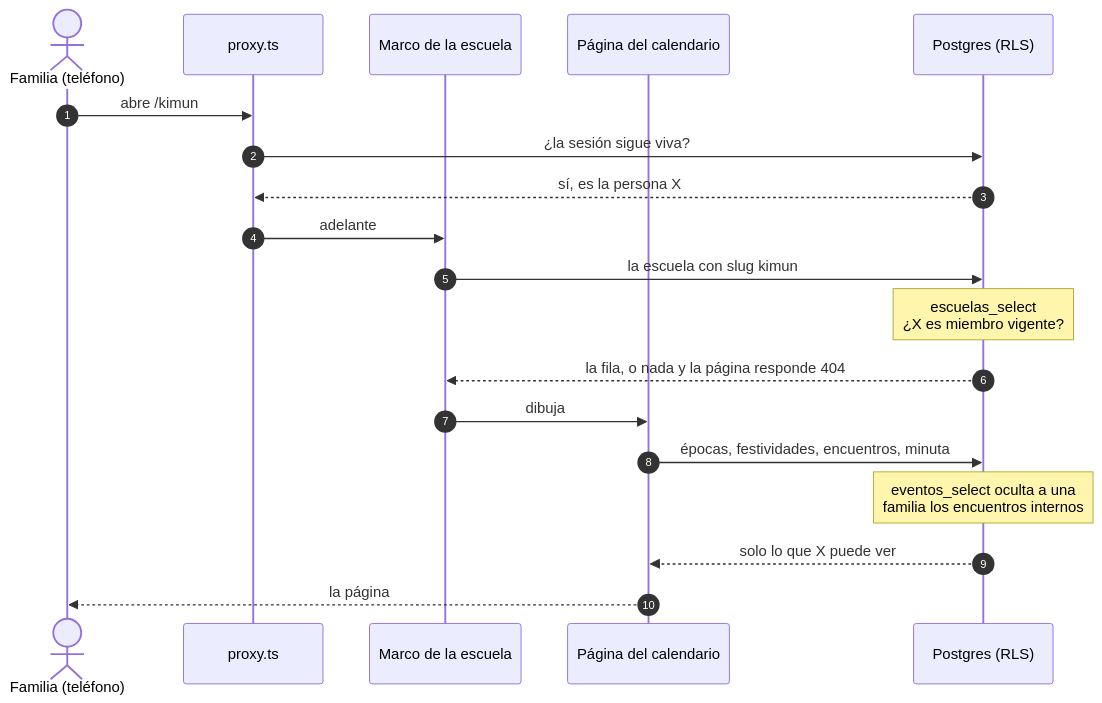
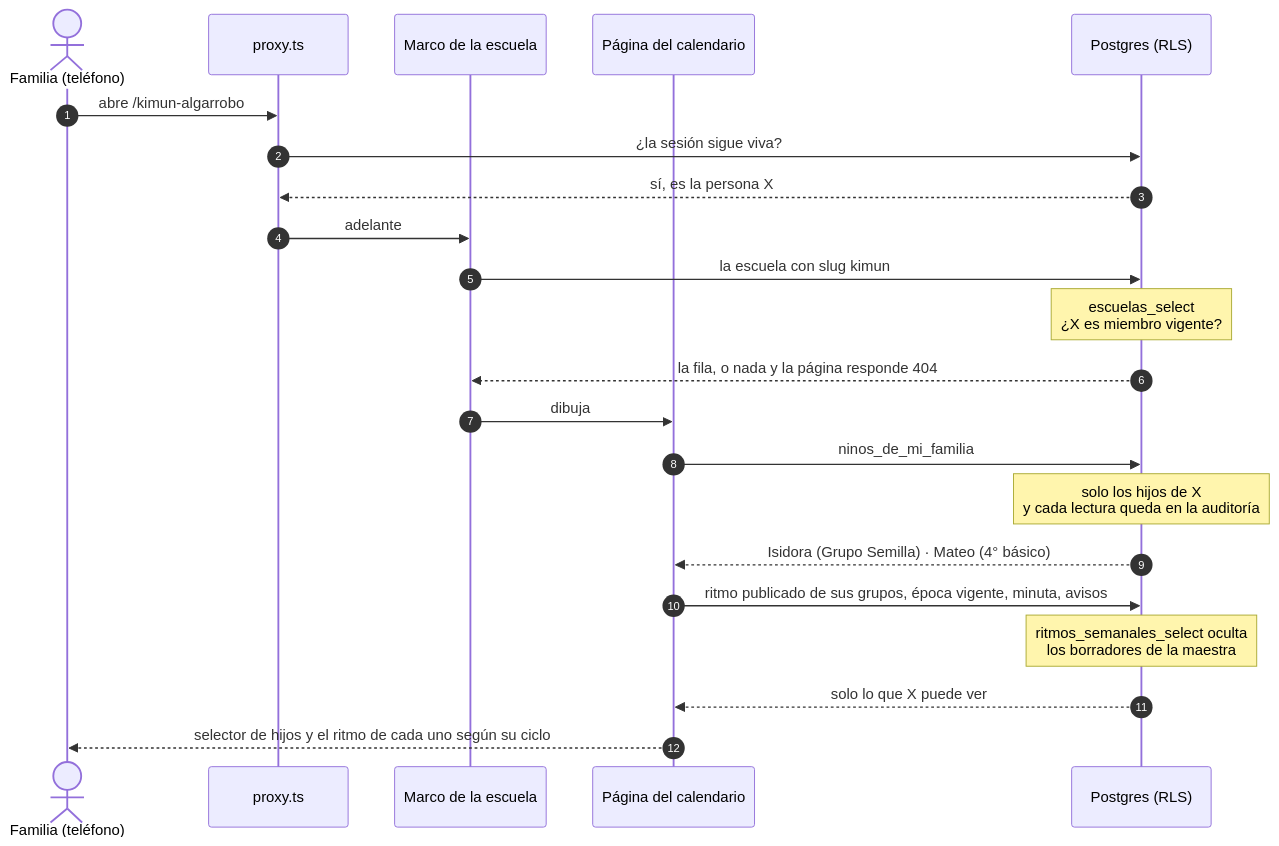
The fourth of 8 diagrams in docs/MAPA.md (adolfoperezs/waldorf-app), drawn with Mermaid before and after one commit. The commit also changed other lines of this file and 94 other files, not shown here.

First line of the commit message:
El ritmo de cada nino: lineamiento UX de Kimun (PRP-002)

````diff
--- a/docs/MAPA.md
+++ b/docs/MAPA.md
@@ -183,22 +194,25 @@
 ```mermaid
 sequenceDiagram
     autonumber
     actor F as Familia (teléfono)
     participant P as proxy.ts
     participant L as Marco de la escuela
     participant C as Página del calendario
     participant S as Postgres (RLS)
 
-    F->>P: abre /kimun
+    F->>P: abre /kimun-algarrobo
     P->>S: ¿la sesión sigue viva?
     S-->>P: sí, es la persona X
     P->>L: adelante
     L->>S: la escuela con slug kimun
     Note over S: escuelas_select<br/>¿X es miembro vigente?
     S-->>L: la fila, o nada y la página responde 404
     L->>C: dibuja
-    C->>S: épocas, festividades, encuentros, minuta
-    Note over S: eventos_select oculta a una<br/>familia los encuentros internos
+    C->>S: ninos_de_mi_familia
+    Note over S: solo los hijos de X<br/>y cada lectura queda en la auditoría
+    S-->>C: Isidora (Grupo Semilla) · Mateo (4° básico)
+    C->>S: ritmo publicado de sus grupos, época vigente, minuta, avisos
+    Note over S: ritmos_semanales_select oculta<br/>los borradores de la maestra
     S-->>C: solo lo que X puede ver
-    C-->>F: la página
+    C-->>F: selector de hijos y el ritmo de cada uno según su ciclo
 ```
````
